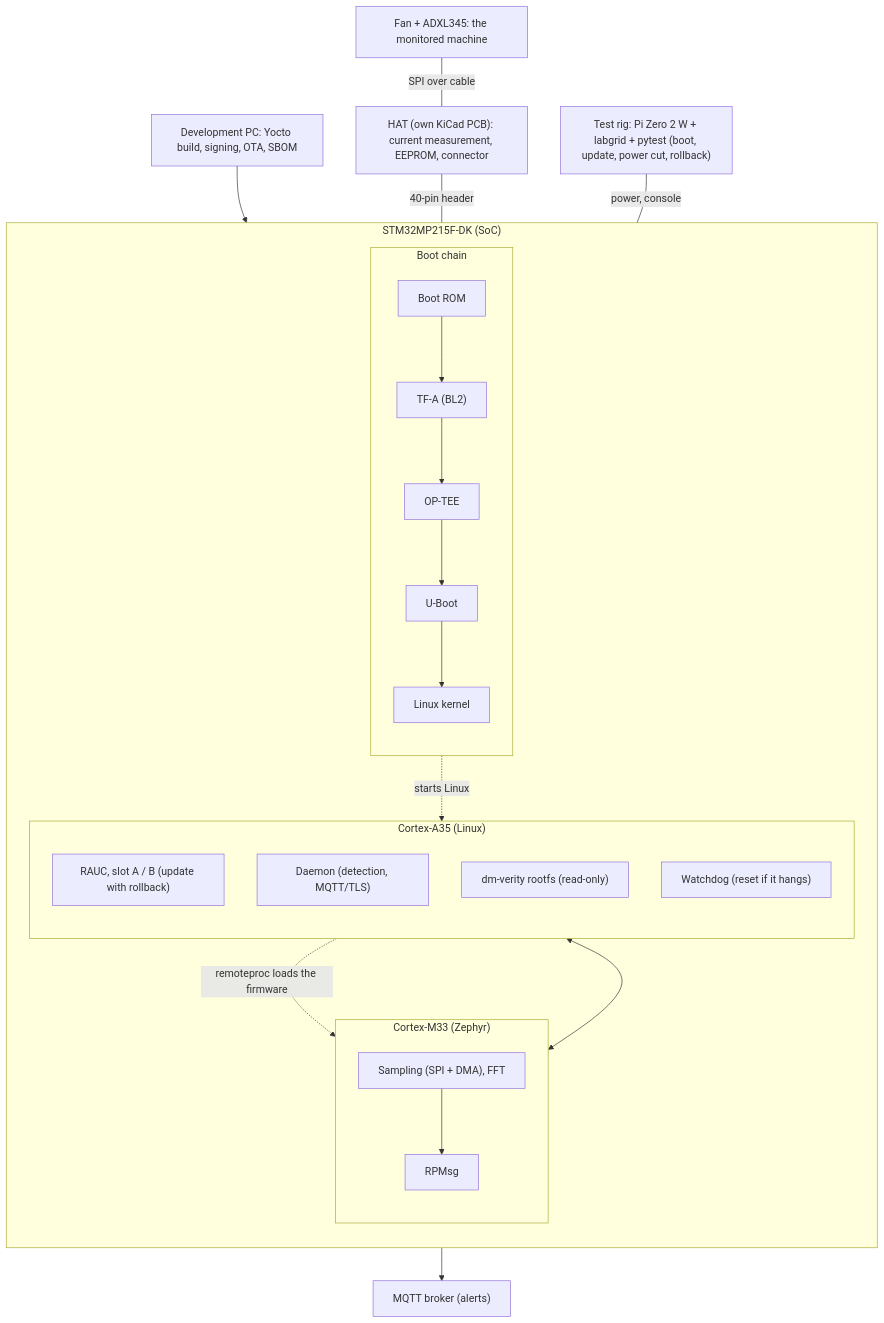
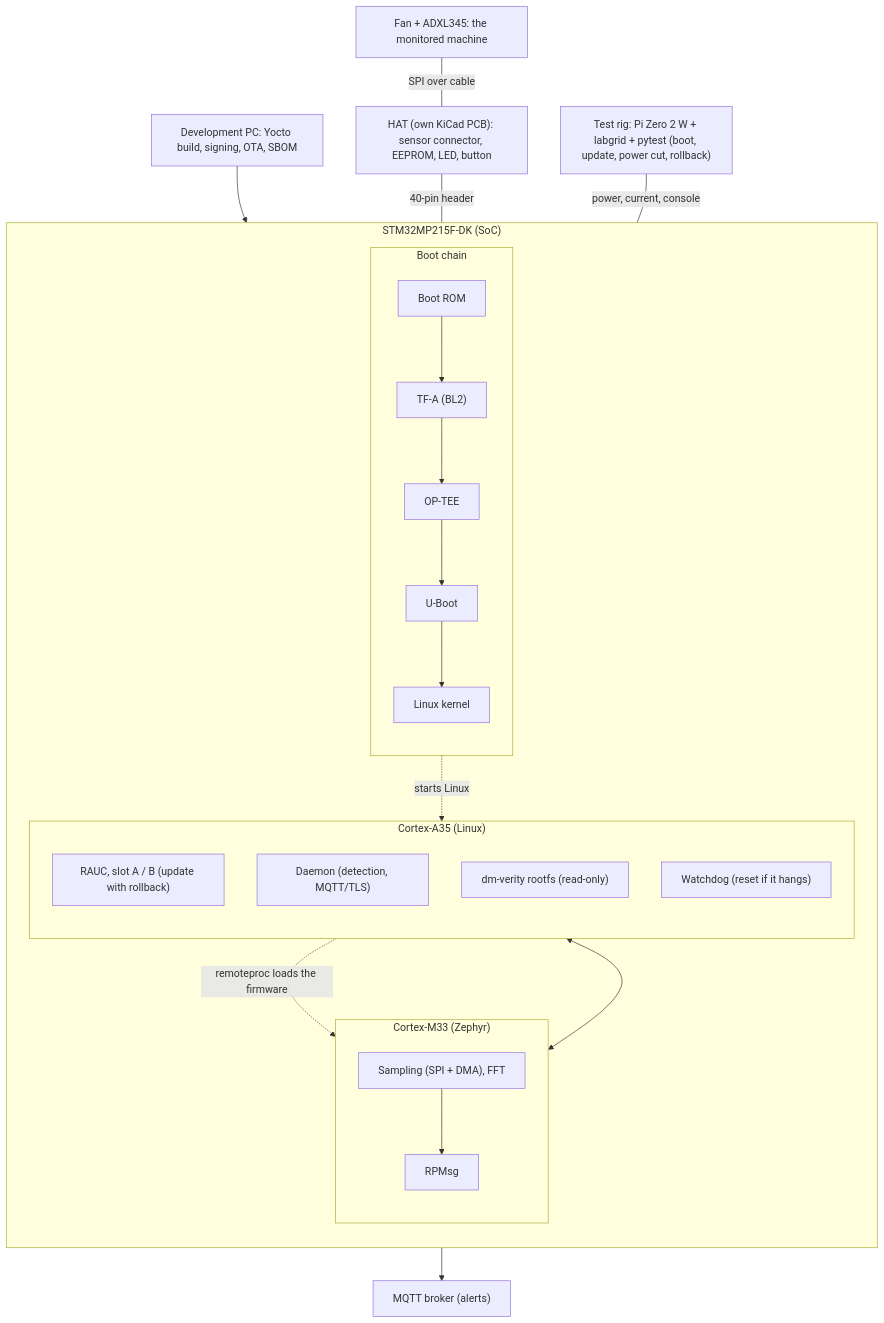
The diagram in docs/architecture.md (Marios-Dimopoulos/machine-vibration-health-node), drawn with Mermaid before and after one commit. The commit also changed other lines of this file and 1 other file, not shown here.

Commit message:
Bring architecture and plan up to date with phase 2 so far

````diff
--- a/docs/architecture.md
+++ b/docs/architecture.md
@@ -23,29 +25,29 @@
 ```mermaid
 flowchart TB
     subgraph SoC["STM32MP215F-DK (SoC)"]
         direction TB
         subgraph BOOT["Boot chain"]
             direction TB
             ROM["Boot ROM"] --> TFA["TF-A (BL2)"] --> OPTEE["OP-TEE"] --> UBOOT["U-Boot"] --> KERNEL["Linux kernel"]
         end
         subgraph M33["Cortex-M33 (Zephyr)"]
             direction TB
             SAMP["Sampling (SPI + DMA), FFT"] --> RPMSG["RPMsg"]
         end
         subgraph A35["Cortex-A35 (Linux)"]
             direction TB
             RAUC["RAUC, slot A / B (update with rollback)"]
             DAEMON["Daemon (detection, MQTT/TLS)"]
             VERITY["dm-verity rootfs (read-only)"]
             WDT["Watchdog (reset if it hangs)"]
         end
         KERNEL -. "starts Linux" .-> A35
         A35 -. "remoteproc loads the firmware" .-> M33
         RPMSG <--> DAEMON
     end
     DEV["Development PC: Yocto build, signing, OTA, SBOM"] --> RAUC
     DAEMON --> MQTT["MQTT broker (alerts)"]
-    HAT["HAT (own KiCad PCB): current measurement, EEPROM, connector"] -- "40-pin header" --- SoC
-    RIG["Test rig: Pi Zero 2 W + labgrid + pytest (boot, update, power cut, rollback)"] -- "power, console" --- SoC
+    HAT["HAT (own KiCad PCB): sensor connector, EEPROM, LED, button"] -- "40-pin header" --- SoC
+    RIG["Test rig: Pi Zero 2 W + labgrid + pytest (boot, update, power cut, rollback)"] -- "power, current, console" --- SoC
     FAN["Fan + ADXL345: the monitored machine"] -- "SPI over cable" --- HAT
 ```
````
